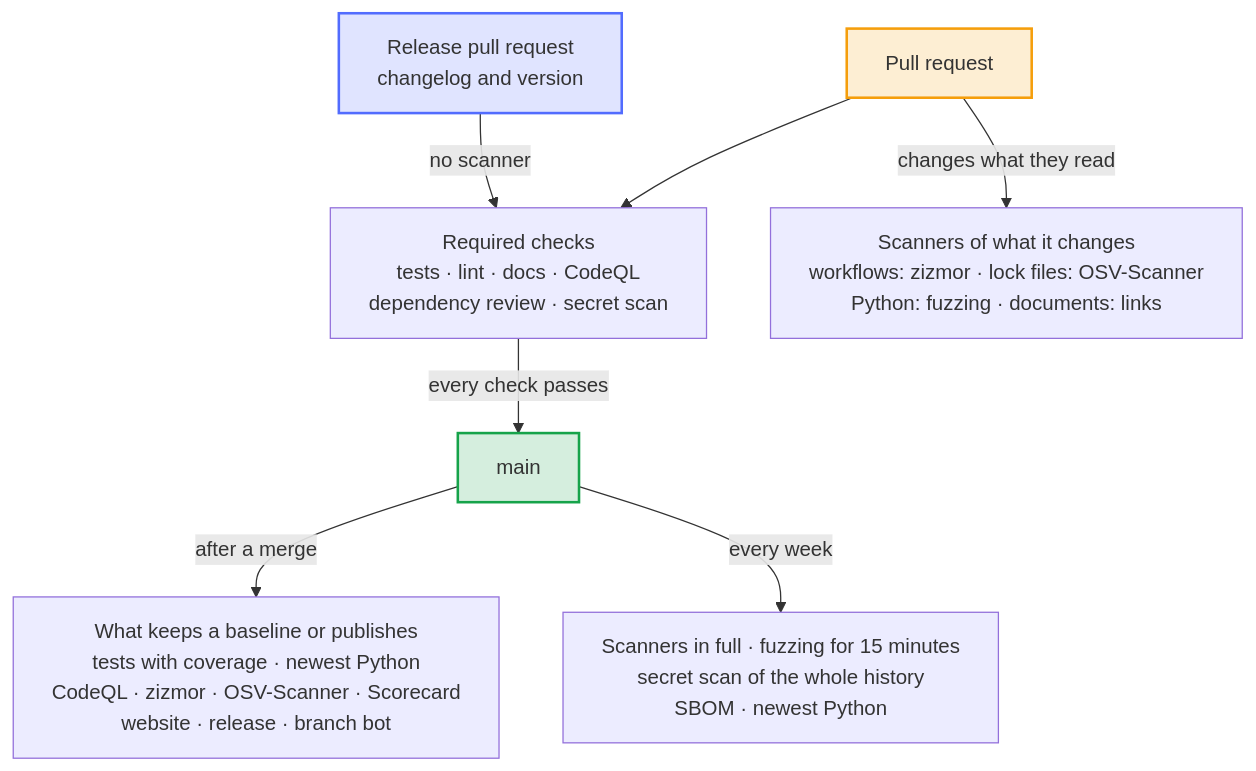
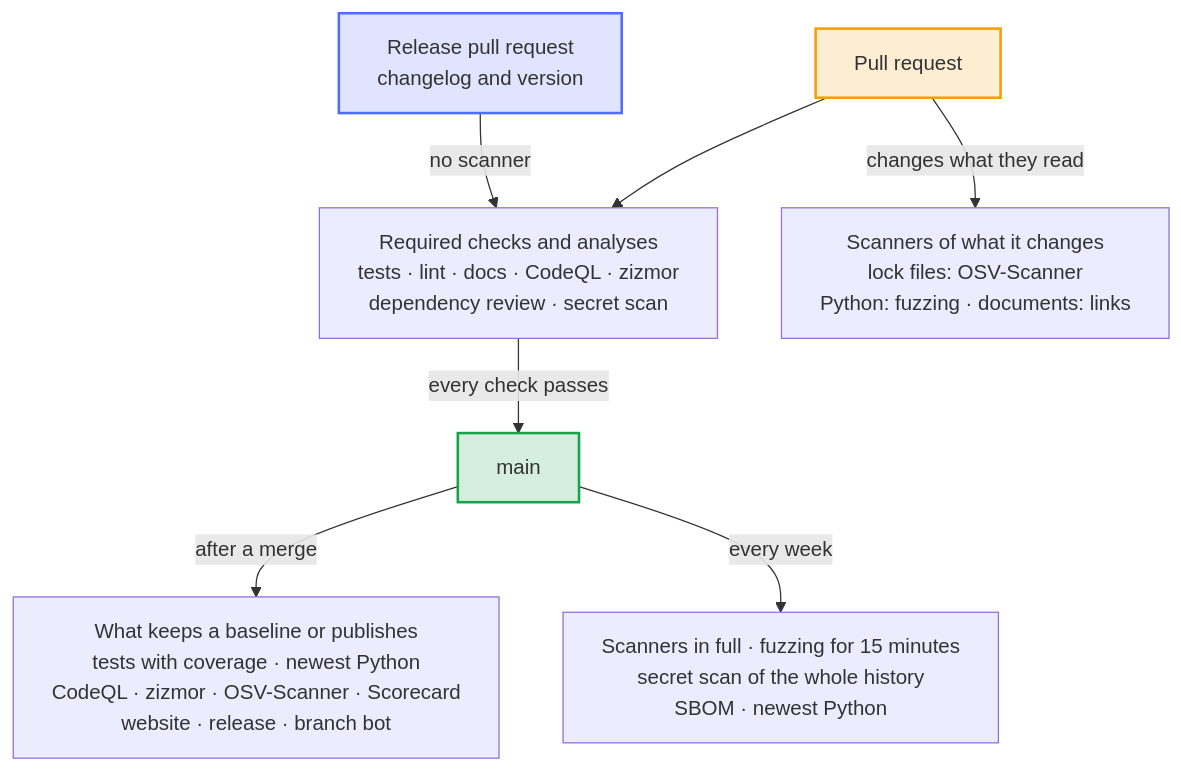
One commit to Dennis-Otto/repo-blueprint changed the diagram in docs/diagrams/when-the-checks-run.mmd. Above: the diagram before and after it, drawn with Mermaid. The commit also changed 27 other files, not shown here.

```diff
--- a/docs/diagrams/when-the-checks-run.mmd
+++ b/docs/diagrams/when-the-checks-run.mmd
@@ -1,30 +1,30 @@
 ---
 config:
   flowchart:
     wrappingWidth: 400
 ---
 flowchart TB
     accTitle: When the checks run
-    accDescr: Every pull request runs the required checks, and the scanners of what it changes: zizmor for a workflow, OSV-Scanner for a lock file, fuzzing for Python code and the link check for a document. The release pull request, which changes only the changelog and the version, runs the required checks without the scanners. After a merge, main runs only what keeps a baseline or publishes. Every week, main runs the scanners in full, the secret scan of the whole history, the SBOM and the newest Python.
+    accDescr: Every pull request runs the required checks and zizmor, whose analysis the rules of main wait for, and the scanners of what it changes: OSV-Scanner for a lock file, fuzzing for Python code and the link check for a document. The release pull request, which changes only the changelog and the version, runs the required checks and zizmor without the scanners. After a merge, main runs only what keeps a baseline or publishes. Every week, main runs the scanners in full, the secret scan of the whole history, the SBOM and the newest Python.
 
     pr["Pull request"]
     rpr["Release pull request<br>changelog and version"]
-    required["Required checks<br>tests · lint · docs · CodeQL<br>dependency review · secret scan"]
-    scanners["Scanners of what it changes<br>workflows: zizmor · lock files: OSV-Scanner<br>Python: fuzzing · documents: links"]
+    required["Required checks and analyses<br>tests · lint · docs · CodeQL · zizmor<br>dependency review · secret scan"]
+    scanners["Scanners of what it changes<br>lock files: OSV-Scanner<br>Python: fuzzing · documents: links"]
     main["main"]
     baseline["What keeps a baseline or publishes<br>tests with coverage · newest Python<br>CodeQL · zizmor · OSV-Scanner · Scorecard<br>website · release · branch bot"]
     weekly["Scanners in full · fuzzing for 15 minutes<br>secret scan of the whole history<br>SBOM · newest Python"]
 
     pr --> required
     pr -- "changes what they read" --> scanners
     rpr -- "no scanner" --> required
     required -- "every check passes" --> main
     main -- "after a merge" --> baseline
     main -- "every week" --> weekly
 
     classDef bot fill:#526cfe2e,stroke:#526cfe,stroke-width:2px
     classDef person fill:#f59e0b2e,stroke:#f59e0b,stroke-width:2px
     classDef done fill:#16a34a2e,stroke:#16a34a,stroke-width:2px
     class pr person
     class rpr bot
     class main done
```
